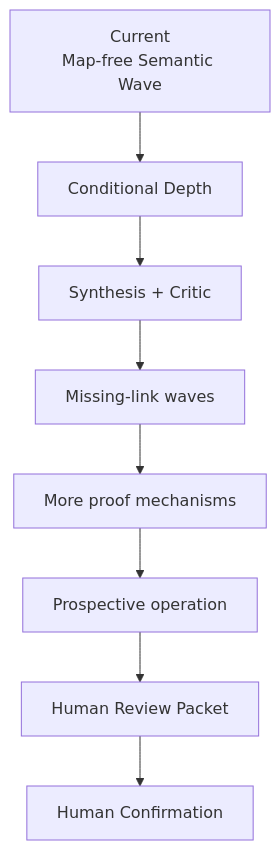
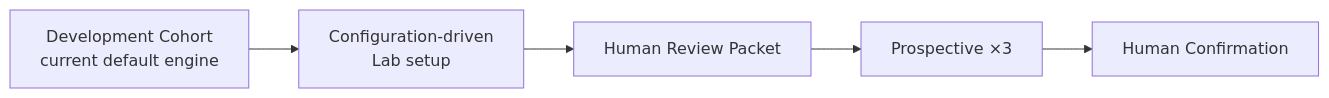
The fourth of 4 diagrams in docs/CODEBASE-GUIDE.md (momoponwork1415-lgtm/wordpress-harness), drawn with Mermaid before and after one commit. The commit also changed other lines of this file and 21 other files, not shown here.

````diff
--- a/docs/CODEBASE-GUIDE.md
+++ b/docs/CODEBASE-GUIDE.md
@@ -84,13 +103,10 @@
 ```mermaid
-flowchart TB
-    current["Current<br/>Map-free Semantic Wave"]
-    depth["Conditional Depth"]
-    synthesis["Synthesis + Critic"]
-    waves["Missing-link waves"]
-    proof["More proof mechanisms"]
-    prospective["Prospective operation"]
+flowchart LR
+    cohort["Development Cohort<br/>current default engine"]
+    setup["Configuration-driven<br/>Lab setup"]
     review["Human Review Packet"]
+    prospective["Prospective ×3"]
     confirmation["Human Confirmation"]
 
-    current --> depth --> synthesis --> waves --> proof --> prospective --> review --> confirmation
+    cohort --> setup --> review --> prospective --> confirmation
 ```
````
